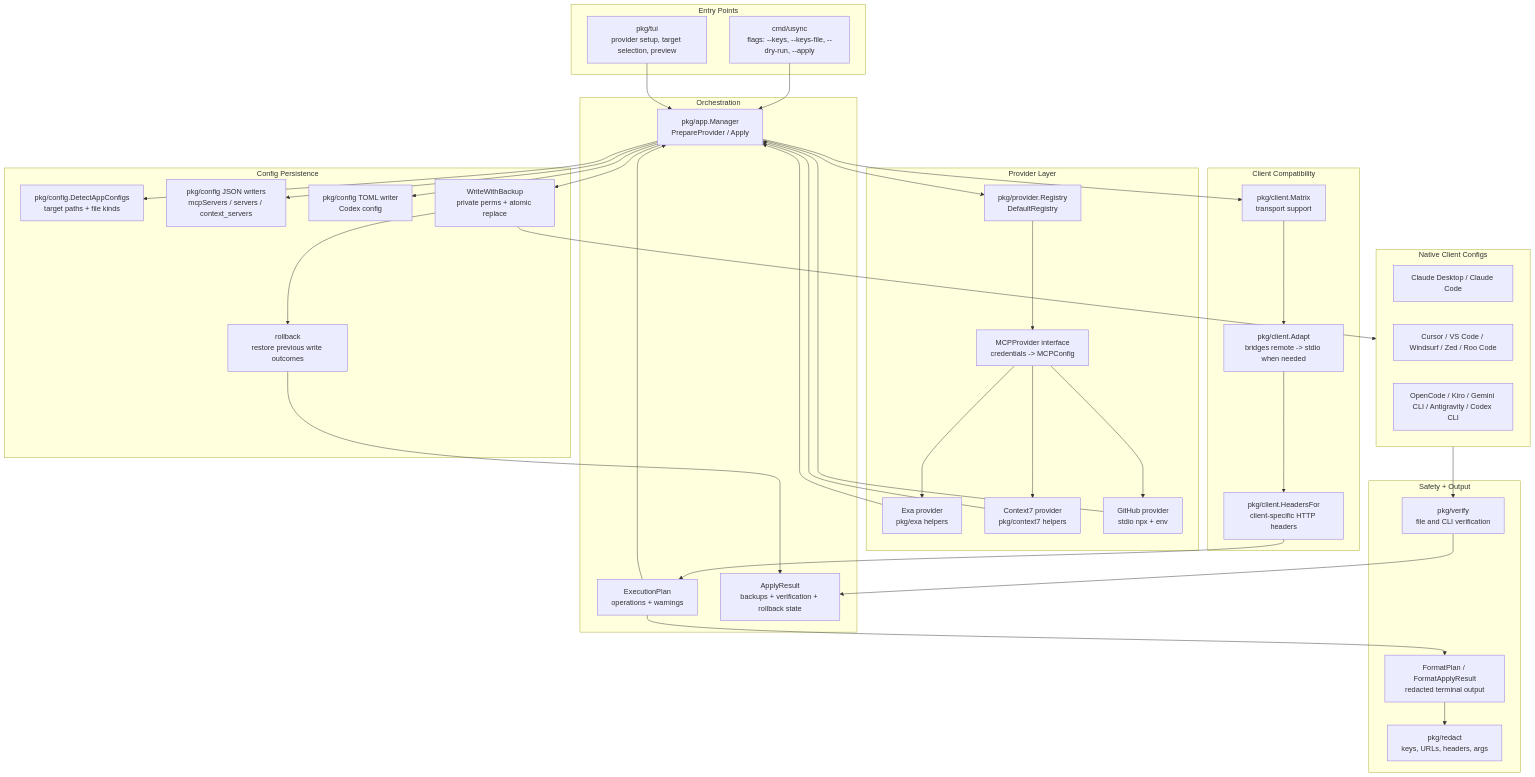
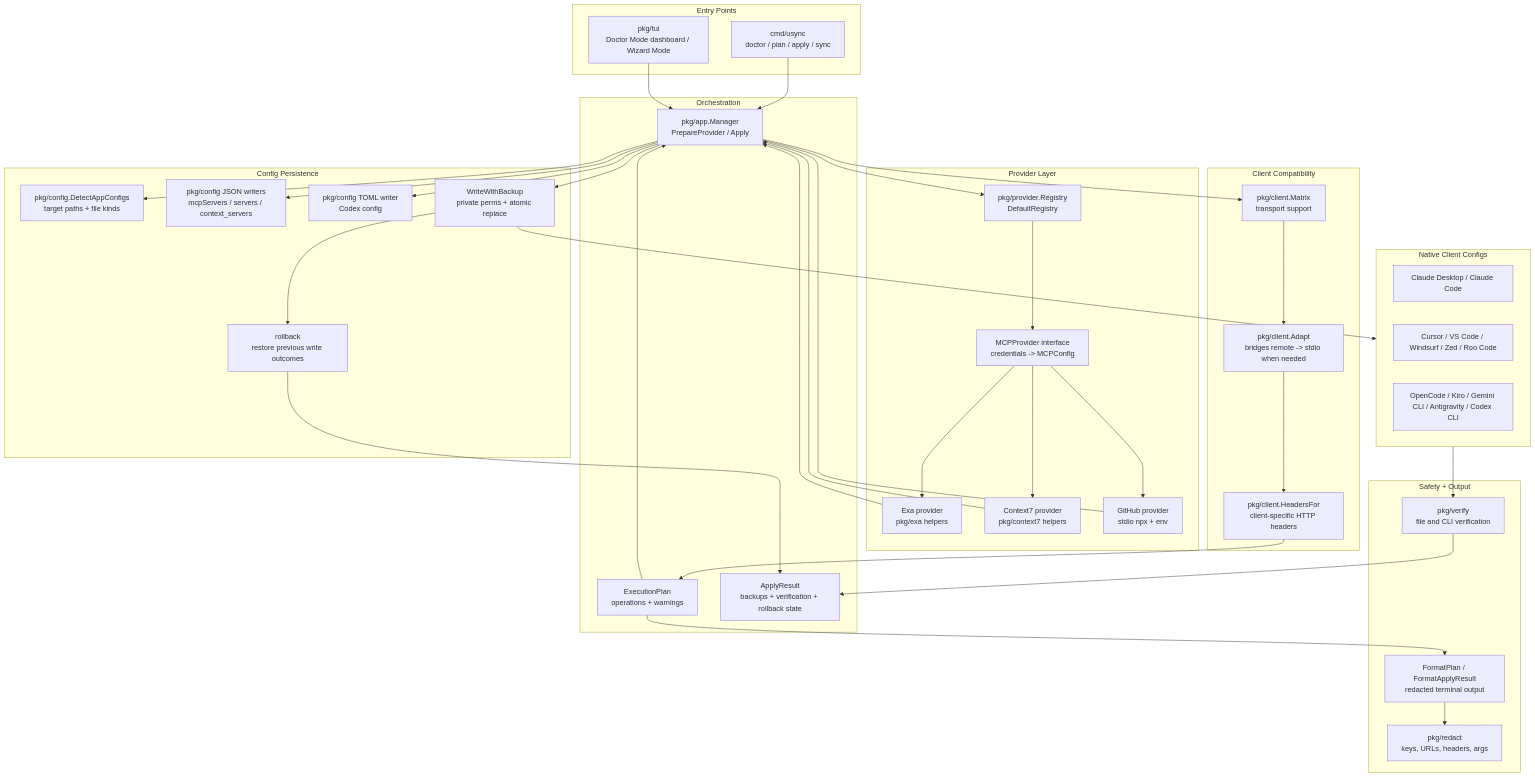
Before and after one commit to nawodyaishan/mcp-config-tui: the diagram in README.md, drawn with Mermaid. The commit also changed other lines of this file, not shown here.

Commit message:
feat: introduce Doctor Mode and Wizard Mode for guided setup in TUI

````diff
--- a/README.md
+++ b/README.md
@@ -155,74 +242,74 @@
 ```mermaid
 flowchart TB
     subgraph entry["Entry Points"]
-        cli["cmd/usync<br/>flags: --keys, --keys-file, --dry-run, --apply"]
-        tui["pkg/tui<br/>provider setup, target selection, preview"]
+        cli["cmd/usync<br/>doctor / plan / apply / sync"]
+        tui["pkg/tui<br/>Doctor Mode dashboard / Wizard Mode"]
     end
 
     subgraph orchestration["Orchestration"]
         manager["pkg/app.Manager<br/>PrepareProvider / Apply"]
         plan["ExecutionPlan<br/>operations + warnings"]
         result["ApplyResult<br/>backups + verification + rollback state"]
     end
 
     subgraph providerLayer["Provider Layer"]
         registry["pkg/provider.Registry<br/>DefaultRegistry"]
         providerAPI["MCPProvider interface<br/>credentials -> MCPConfig"]
         exa["Exa provider<br/>pkg/exa helpers"]
         context7["Context7 provider<br/>pkg/context7 helpers"]
         github["GitHub provider<br/>stdio npx + env"]
     end
 
     subgraph clientLayer["Client Compatibility"]
         matrix["pkg/client.Matrix<br/>transport support"]
         adapt["pkg/client.Adapt<br/>bridges remote -> stdio when needed"]
         headers["pkg/client.HeadersFor<br/>client-specific HTTP headers"]
     end
 
     subgraph configLayer["Config Persistence"]
         paths["pkg/config.DetectAppConfigs<br/>target paths + file kinds"]
         json["pkg/config JSON writers<br/>mcpServers / servers / context_servers"]
         toml["pkg/config TOML writer<br/>Codex config"]
         backup["WriteWithBackup<br/>private perms + atomic replace"]
         rollback["rollback<br/>restore previous write outcomes"]
     end
 
     subgraph safety["Safety + Output"]
         redact["pkg/redact<br/>keys, URLs, headers, args"]
         verify["pkg/verify<br/>file and CLI verification"]
         format["FormatPlan / FormatApplyResult<br/>redacted terminal output"]
     end
 
     subgraph clients["Native Client Configs"]
         claude["Claude Desktop / Claude Code"]
         editors["Cursor / VS Code / Windsurf / Zed / Roo Code"]
         agents["OpenCode / Kiro / Gemini CLI / Antigravity / Codex CLI"]
     end
 
     cli --> manager
     tui --> manager
     manager --> paths
     manager --> registry
     registry --> providerAPI
     providerAPI --> exa
     providerAPI --> context7
     providerAPI --> github
     exa --> manager
     context7 --> manager
     github --> manager
     manager --> matrix
     matrix --> adapt
     adapt --> headers
     headers --> plan
     plan --> format
     format --> redact
     plan --> manager
     manager --> json
     manager --> toml
     manager --> backup
     backup --> rollback
     backup --> clients
     clients --> verify
     verify --> result
     rollback --> result
 ```
````
